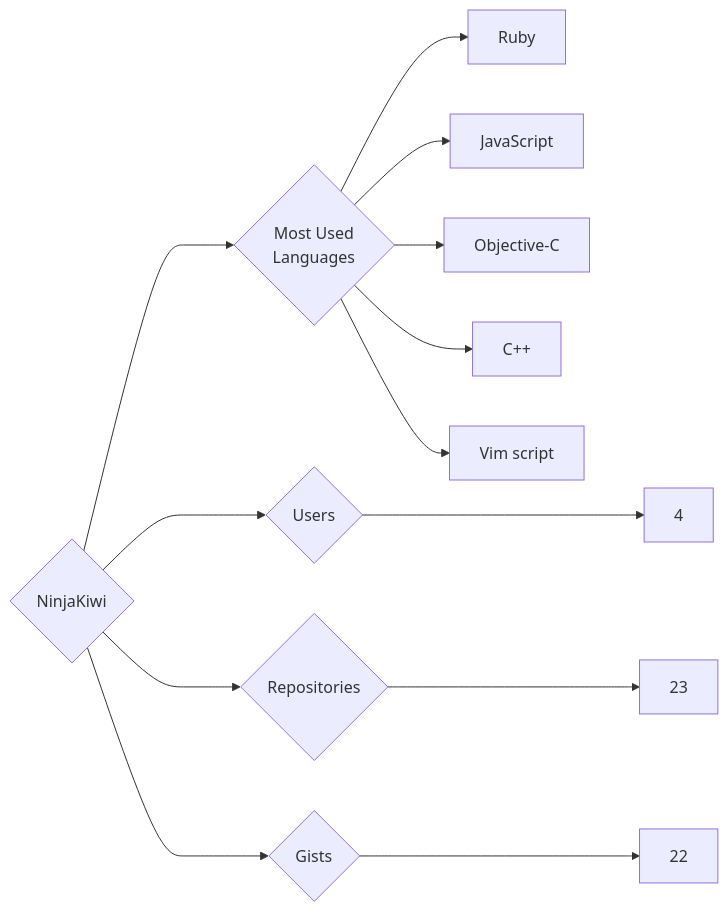
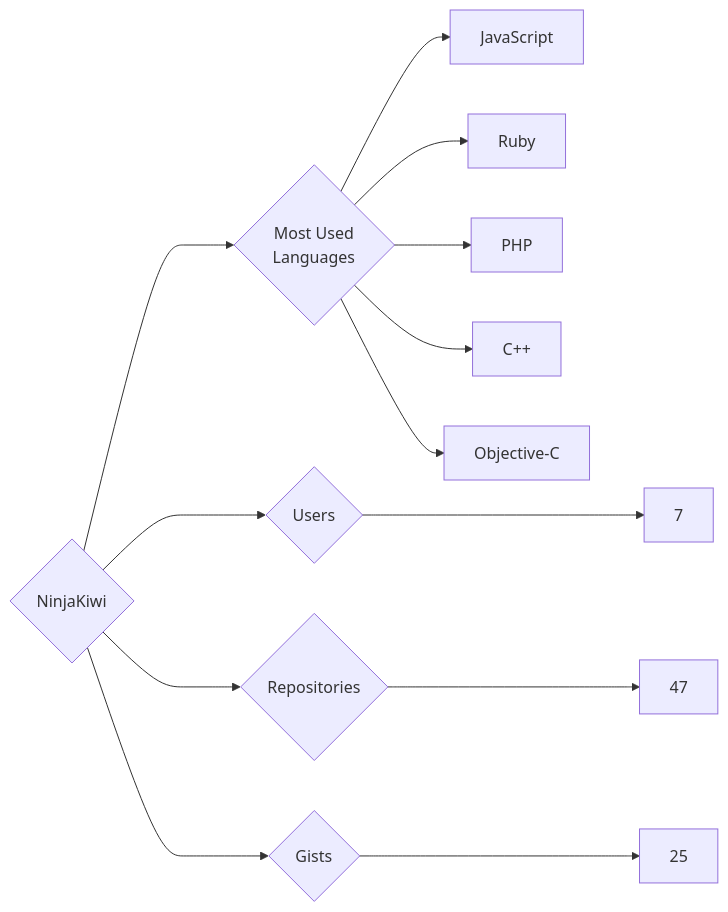
One commit to trickest/insiders changed the diagram in targets/NinjaKiwi/README.md. Above: the diagram before and after it, drawn with Mermaid. The commit also changed 681 other files, not shown here.

````diff
--- a/targets/NinjaKiwi/README.md
+++ b/targets/NinjaKiwi/README.md
@@ -3,13 +3,13 @@
 ```mermaid
 graph LR
 COMPANY_NAME{NinjaKiwi}
-COMPANY_NAME ---> U{Users} ---> UN[4]
-COMPANY_NAME ---> R{Repositories} ---> RN[23]
-COMPANY_NAME ---> G{Gists} ---> GN[22]
+COMPANY_NAME ---> U{Users} ---> UN[7]
+COMPANY_NAME ---> R{Repositories} ---> RN[47]
+COMPANY_NAME ---> G{Gists} ---> GN[25]
 COMPANY_NAME ---> ML{Most Used<br>Languages}
+ML --> JavaScript[JavaScript]
 ML --> Ruby[Ruby]
-ML --> JavaScript[JavaScript]
+ML --> PHP[PHP]
+ML --> C++[C++]
 ML --> Objective-C[Objective-C]
-ML --> C++[C++]
-ML --> Vim_script[Vim script]
 ```
````
